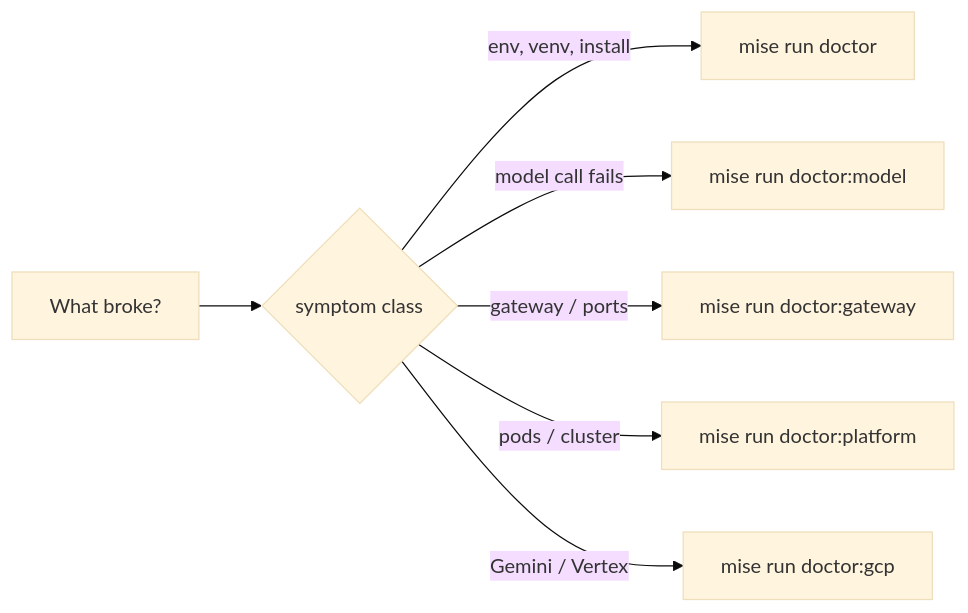
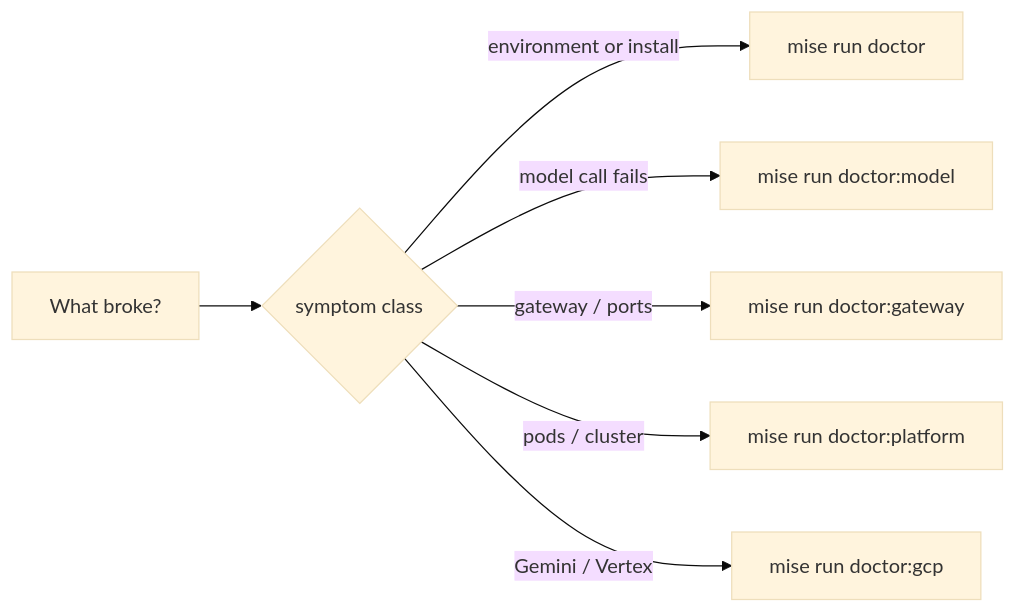
Before and after one commit to LuiGGi629/agentops-open-course: the diagram in content/0. Overview/0.6. Troubleshooting.md, drawn with Mermaid (base theme). The commit also changed other lines of this file and 87 other files, not shown here.

````diff
--- a/content/0. Overview/0.6. Troubleshooting.md
+++ b/content/0. Overview/0.6. Troubleshooting.md
@@ -38,9 +38,9 @@
 ```mermaid
 flowchart LR
     Sy["What broke?"] --> E{"symptom class"}
-    E -->|env, venv, install| D0["mise run doctor"]
+    E -->|environment or install| D0["mise run doctor"]
     E -->|model call fails| DM["mise run doctor:model"]
     E -->|gateway / ports| DG["mise run doctor:gateway"]
     E -->|pods / cluster| DP["mise run doctor:platform"]
     E -->|Gemini / Vertex| DC["mise run doctor:gcp"]
 ```
````
